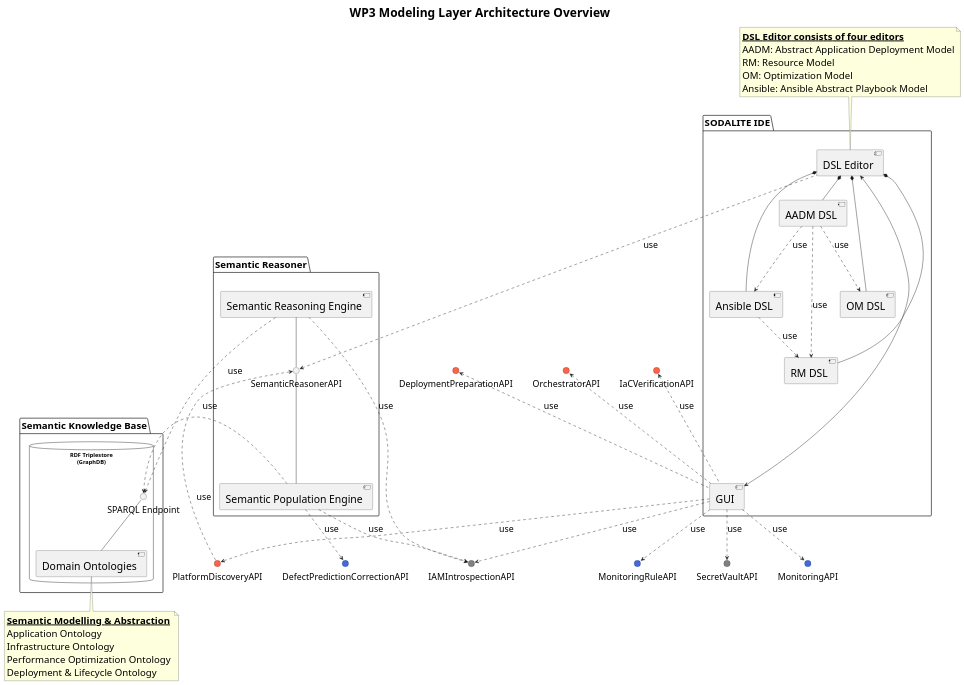
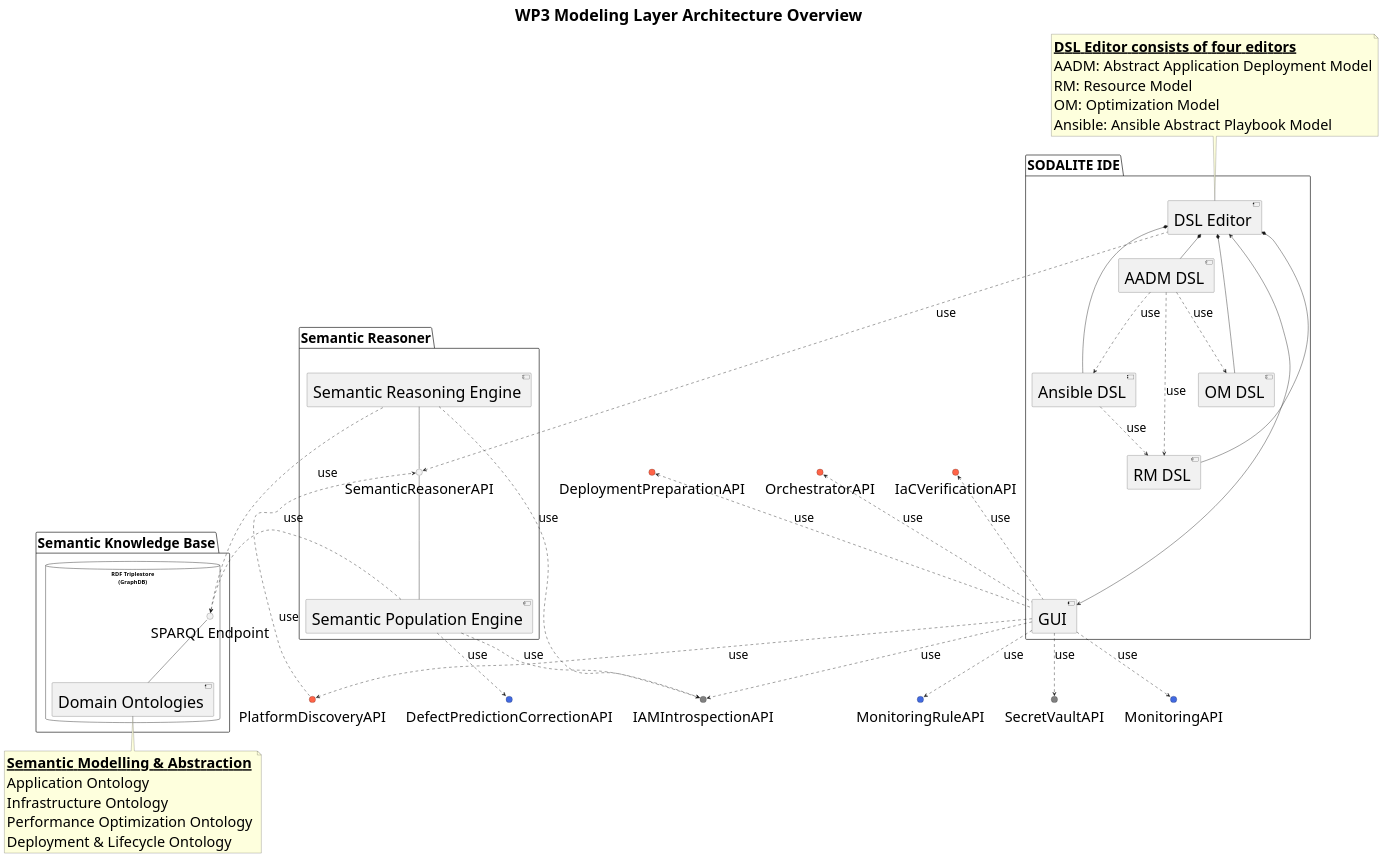
Before and after one commit to SODALITE-EU/project-wide-documentation: the diagram in uml/component-diagrams/CD-WP3-ArchitectureOverview.puml, drawn with PlantUML.

Commit message:
Increasing fonts

```diff
--- a/uml/component-diagrams/CD-WP3-ArchitectureOverview.puml
+++ b/uml/component-diagrams/CD-WP3-ArchitectureOverview.puml
@@ -1,88 +1,87 @@
 @startuml
 title WP3 Modeling Layer Architecture Overview
-skinparam componentFontSize 26
-skinparam componentArrowFontSize 22
-skinparam packageFontSize 24
-skinparam interfaceFontSize 22
-skinparam titleFontSize 30
-skinparam NoteFontSize 24
-
+skinparam componentFontSize 40
+skinparam componentArrowFontSize 30
+skinparam packageFontSize 34
+skinparam interfaceFontSize 36
+skinparam titleFontSize 40
+skinparam NoteFontSize 36
 
 interface "IAMIntrospectionAPI" as AAUAPI #808080
 interface "SecretVaultAPI" as SecretVaultAPI #808080
 interface "DeploymentPreparationAPI" as deploymentPreparationAPI #FF6347
 interface "DefectPredictionCorrectionAPI" as correctionAPI #4169E1
 interface "MonitoringAPI" as monitoringAPI #4169E1
 interface "MonitoringRuleAPI" as monitoringRuleAPI #4169E1
 interface "IaCVerificationAPI" as iacverificationAPI #FF6347
 interface "OrchestratorAPI" as orchestratorAPI #FF6347
 interface "PlatformDiscoveryAPI" as PDS #FF6347
 
 package "SODALITE IDE" as IDE {
     component [DSL Editor] as ideDSLeditor
     component [AADM DSL] as AADM
     component [RM DSL] as RM
     component [OM DSL] as OM
     component [Ansible DSL] as Ansible
 
     ideDSLeditor *-- AADM
     ideDSLeditor *-- RM
     ideDSLeditor *-- OM
     ideDSLeditor *-- Ansible
     AADM ..> Ansible: use
     AADM ..> RM: use
     AADM ..> OM: use
     Ansible ..> RM :use
     component [GUI] as ideGUI
 }
 
 note top of ideDSLeditor
    __**DSL Editor consists of four editors**__ 
    AADM: Abstract Application Deployment Model
    RM: Resource Model
    OM: Optimization Model
    Ansible: Ansible Abstract Playbook Model
 end note
 
 
 package "Semantic Reasoner" as res {
     interface "SemanticReasonerAPI" as resAPI
     component [Semantic Population Engine] as resPopulationEngine
     component [Semantic Reasoning Engine] as resReasoningEngine
 }
 
 package "Semantic Knowledge Base" as repo {
     database "RDF Triplestore\n(GraphDB)" as triplestore {
         interface "SPARQL Endpoint" as repoEndpoint
         component [Domain Ontologies] as repoOntologies
     }
 }
 
 note bottom of repoOntologies
    __**Semantic Modelling & Abstraction**__ 
    Application Ontology
    Infrastructure Ontology
    Performance Optimization Ontology
    Deployment & Lifecycle Ontology
 end note
 
 ideGUI ..> PDS : use
 PDS ..> resAPI : use
 resAPI -down- resPopulationEngine
 resAPI -up- resReasoningEngine
 ideDSLeditor .left.> resAPI: use
 ideDSLeditor <-down----> ideGUI 
 repoOntologies -up- repoEndpoint
 resPopulationEngine .right.> repoEndpoint: use
 resReasoningEngine .left.> repoEndpoint: use
 resReasoningEngine ..> AAUAPI: use
 resPopulationEngine ..> correctionAPI: use
 resPopulationEngine ..> AAUAPI: use
 ideGUI .up.> deploymentPreparationAPI : use
 ideGUI ..> monitoringAPI : use
 ideGUI ..> monitoringRuleAPI : use
 ideGUI .up.> iacverificationAPI : use
 ideGUI ..> SecretVaultAPI : use
 ideGUI .up.> orchestratorAPI : use
 ideGUI ..> AAUAPI: use
 @enduml
```
